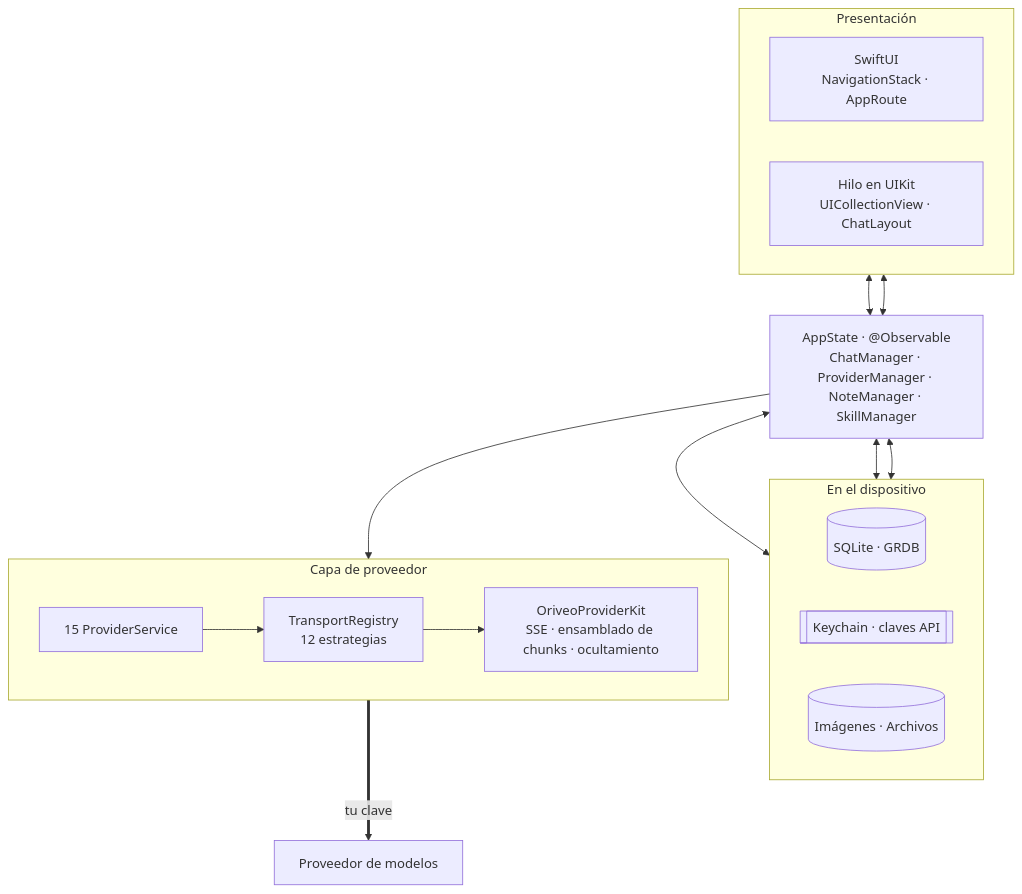
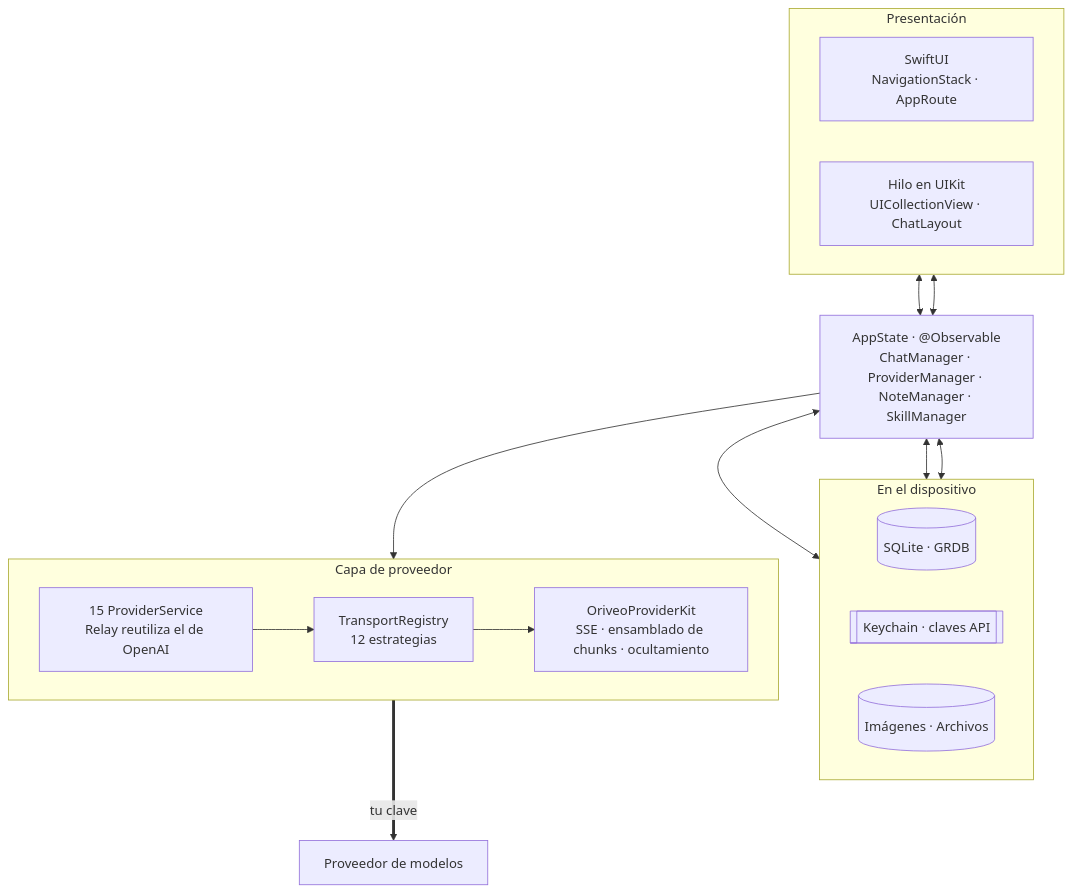
One commit to oriveo/oriveo changed the first of 2 diagrams in readme_i18n/es/ios.md. Above: the diagram before and after it, drawn with Mermaid. The commit also changed other lines of this file and 19 other files, not shown here.

````diff
--- a/readme_i18n/es/ios.md
+++ b/readme_i18n/es/ios.md
@@ -47,30 +47,30 @@
 ```mermaid
 flowchart TB
     subgraph ui ["Presentación"]
         direction LR
         swiftui["SwiftUI<br/>NavigationStack · AppRoute"]
         uikit["Hilo en UIKit<br/>UICollectionView · ChatLayout"]
     end
 
     appstate["AppState · @Observable<br/>ChatManager · ProviderManager · NoteManager · SkillManager"]
 
     subgraph store ["En el dispositivo"]
         direction LR
         grdb[("SQLite · GRDB")]
         keychain[["Keychain · claves API"]]
         files[("Imágenes · Archivos")]
     end
 
     subgraph provider ["Capa de proveedor"]
         direction LR
-        services["15 ProviderService"]
+        services["15 ProviderService<br/>Relay reutiliza el de OpenAI"]
         transports["TransportRegistry<br/>12 estrategias"]
         kit["OriveoProviderKit<br/>SSE · ensamblado de chunks · ocultamiento"]
     end
 
     swiftui & uikit <--> appstate
     appstate <--> grdb & keychain & files
     appstate --> services
     services --> transports --> kit
     kit ==>|"tu clave"| up["Proveedor de modelos"]
 ```
````
